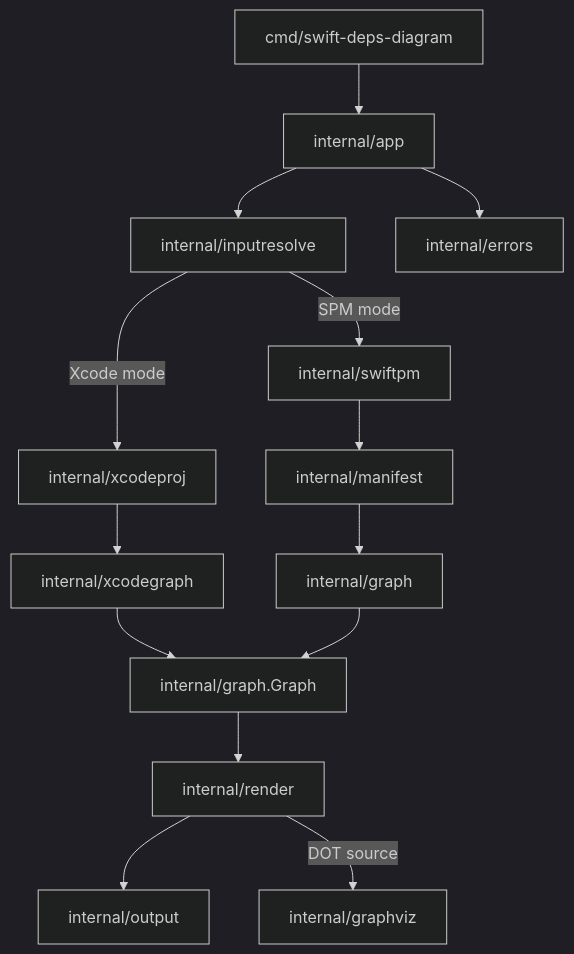
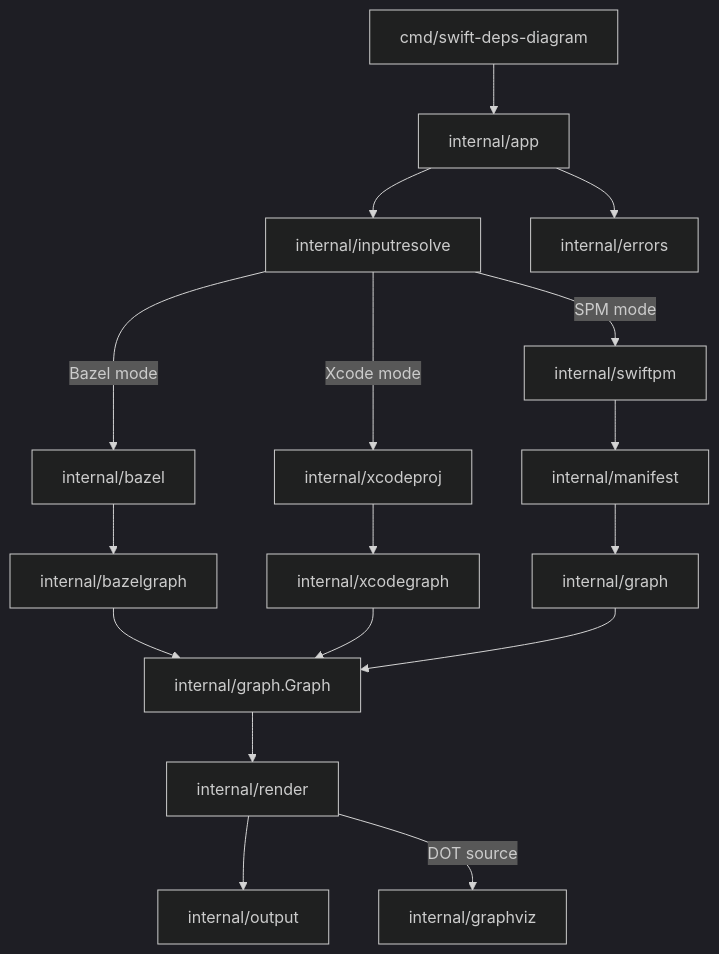
Before and after one commit to homerooliveira/swift-deps-diagram: the diagram in docs/architecture.md, drawn with Mermaid (dark theme). The commit also changed other lines of this file and 25 other files, not shown here.

Commit message:
Add Bazel mode support and examples

````diff
--- a/docs/architecture.md
+++ b/docs/architecture.md
@@ -7,16 +7,19 @@
 ```mermaid
 flowchart TD
     CLI["cmd/swift-deps-diagram"] --> APP["internal/app"]
     APP --> RESOLVE["internal/inputresolve"]
     RESOLVE -->|SPM mode| SWIFTPM["internal/swiftpm"]
     SWIFTPM --> MANIFEST["internal/manifest"]
     MANIFEST --> GRAPH["internal/graph"]
     RESOLVE -->|Xcode mode| XCODEPROJ["internal/xcodeproj"]
     XCODEPROJ --> XCODEGRAPH["internal/xcodegraph"]
+    RESOLVE -->|Bazel mode| BAZEL["internal/bazel"]
+    BAZEL --> BAZELGRAPH["internal/bazelgraph"]
+    BAZELGRAPH --> GRAPH_OUT["internal/graph.Graph"]
     XCODEGRAPH --> GRAPH_OUT["internal/graph.Graph"]
     GRAPH --> GRAPH_OUT
     GRAPH_OUT --> RENDER["internal/render"]
     RENDER --> OUTPUT["internal/output"]
     RENDER -->|DOT source| PNG["internal/graphviz"]
     APP --> ERR["internal/errors"]
 ```
````
